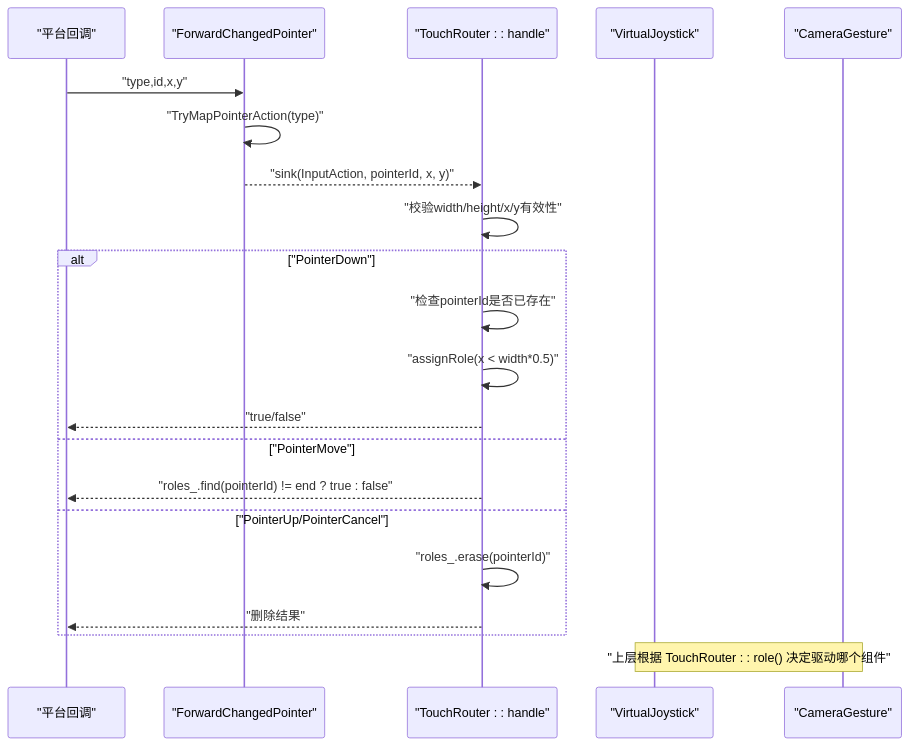
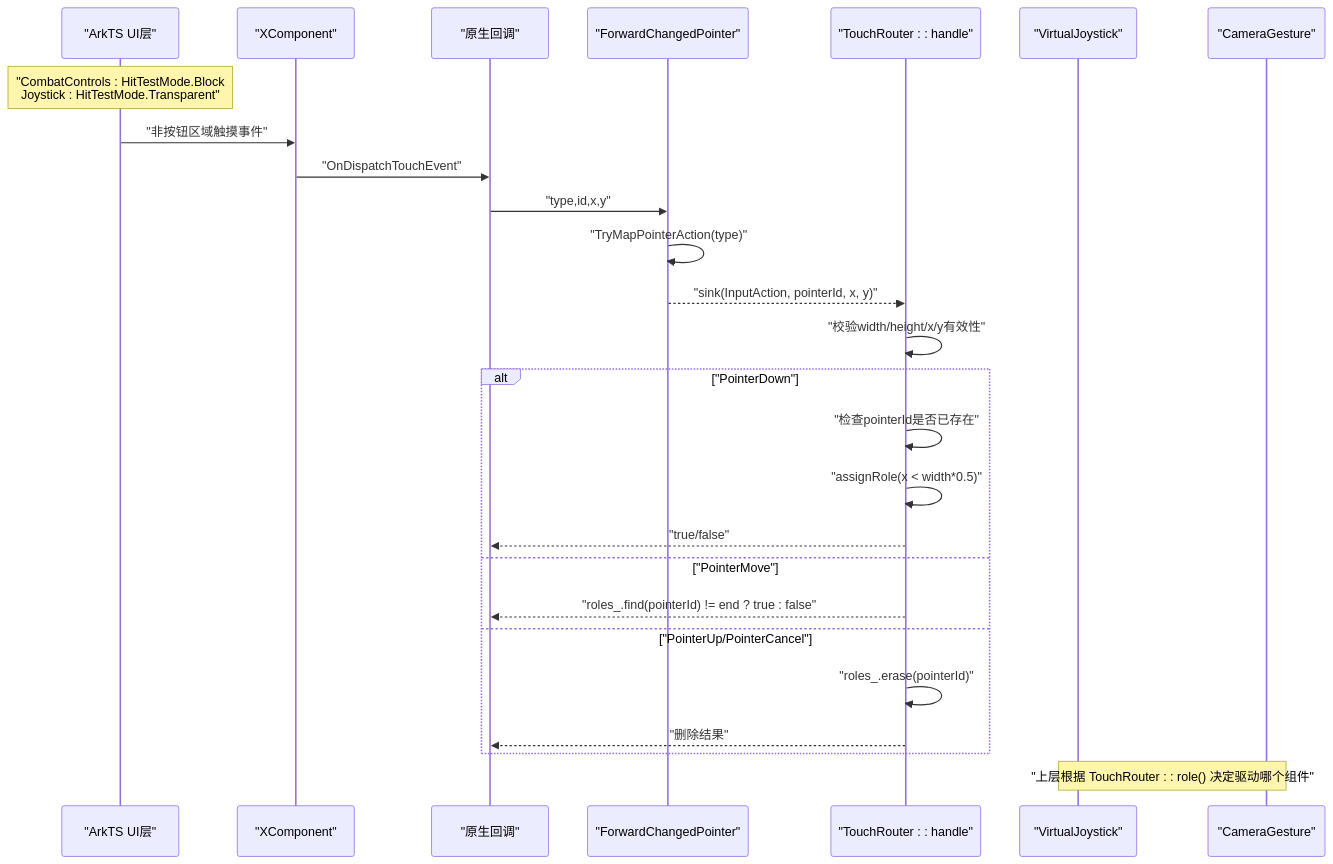
One commit to sj123sheng/my-world changed the second of 6 diagrams in .qoder/repowiki/zh/content/输入处理系统/触摸路由系统.md. Above: the diagram before and after it, drawn with Mermaid. The commit also changed other lines of this file and 28 other files, not shown here.

````diff
--- a/.qoder/repowiki/zh/content/输入处理系统/触摸路由系统.md
+++ b/.qoder/repowiki/zh/content/输入处理系统/触摸路由系统.md
@@ -103,23 +119,28 @@
 ```mermaid
 sequenceDiagram
-participant Platform as "平台回调"
+participant UI as "ArkTS UI层"
+participant XComp as "XComponent"
+participant Native as "原生回调"
 participant Bridge as "ForwardChangedPointer"
 participant Router as "TouchRouter : : handle"
 participant Joystick as "VirtualJoystick"
 participant Camera as "CameraGesture"
-Platform->>Bridge : "type,id,x,y"
+Note over UI : "CombatControls : HitTestMode.Block<br/>Joystick : HitTestMode.Transparent"
+UI->>XComp : "非按钮区域触摸事件"
+XComp->>Native : "OnDispatchTouchEvent"
+Native->>Bridge : "type,id,x,y"
 Bridge->>Bridge : "TryMapPointerAction(type)"
 Bridge-->>Router : "sink(InputAction, pointerId, x, y)"
 Router->>Router : "校验width/height/x/y有效性"
 alt "PointerDown"
 Router->>Router : "检查pointerId是否已存在"
 Router->>Router : "assignRole(x < width*0.5)"
-Router-->>Platform : "true/false"
+Router-->>Native : "true/false"
 else "PointerMove"
-Router-->>Platform : "roles_.find(pointerId) != end ? true : false"
+Router-->>Native : "roles_.find(pointerId) != end ? true : false"
 else "PointerUp/PointerCancel"
 Router->>Router : "roles_.erase(pointerId)"
-Router-->>Platform : "删除结果"
+Router-->>Native : "删除结果"
 end
 Note over Joystick,Camera : "上层根据 TouchRouter : : role() 决定驱动哪个组件"
 ```
````
